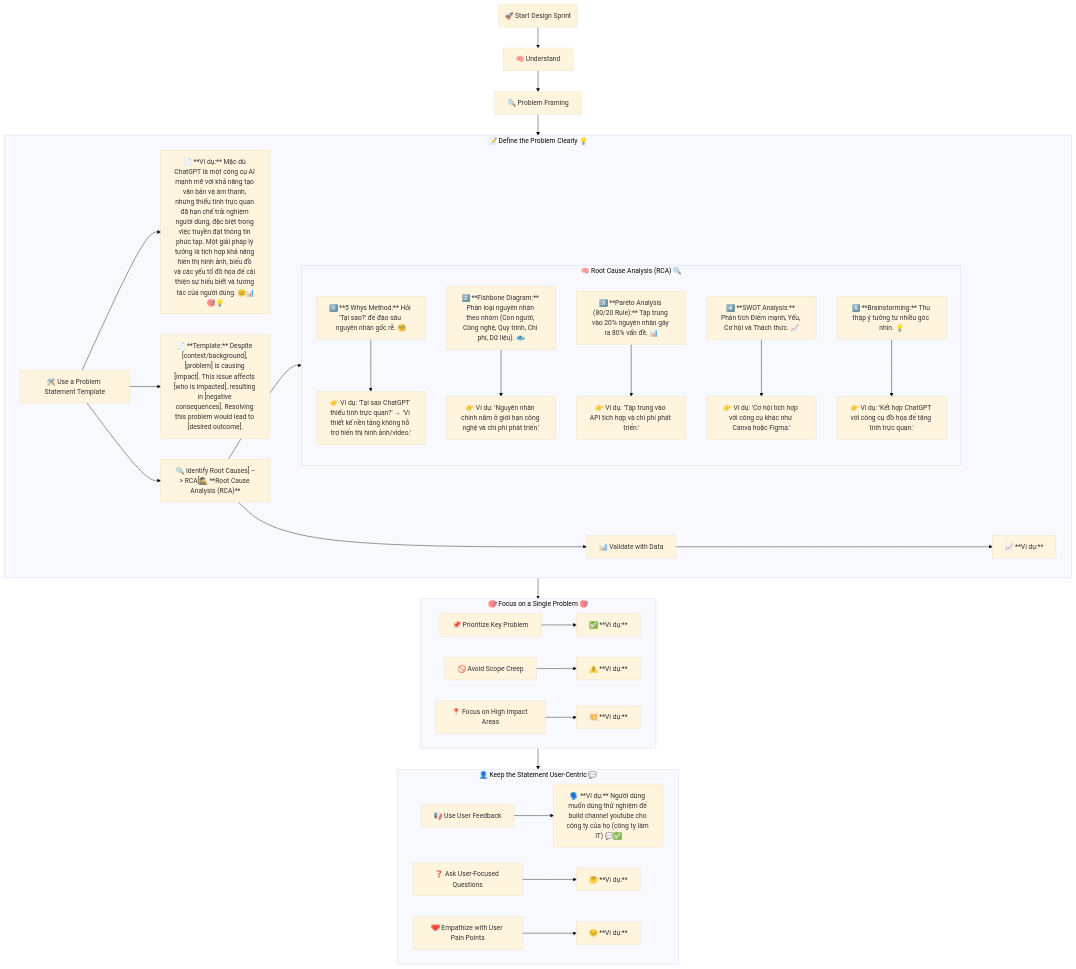
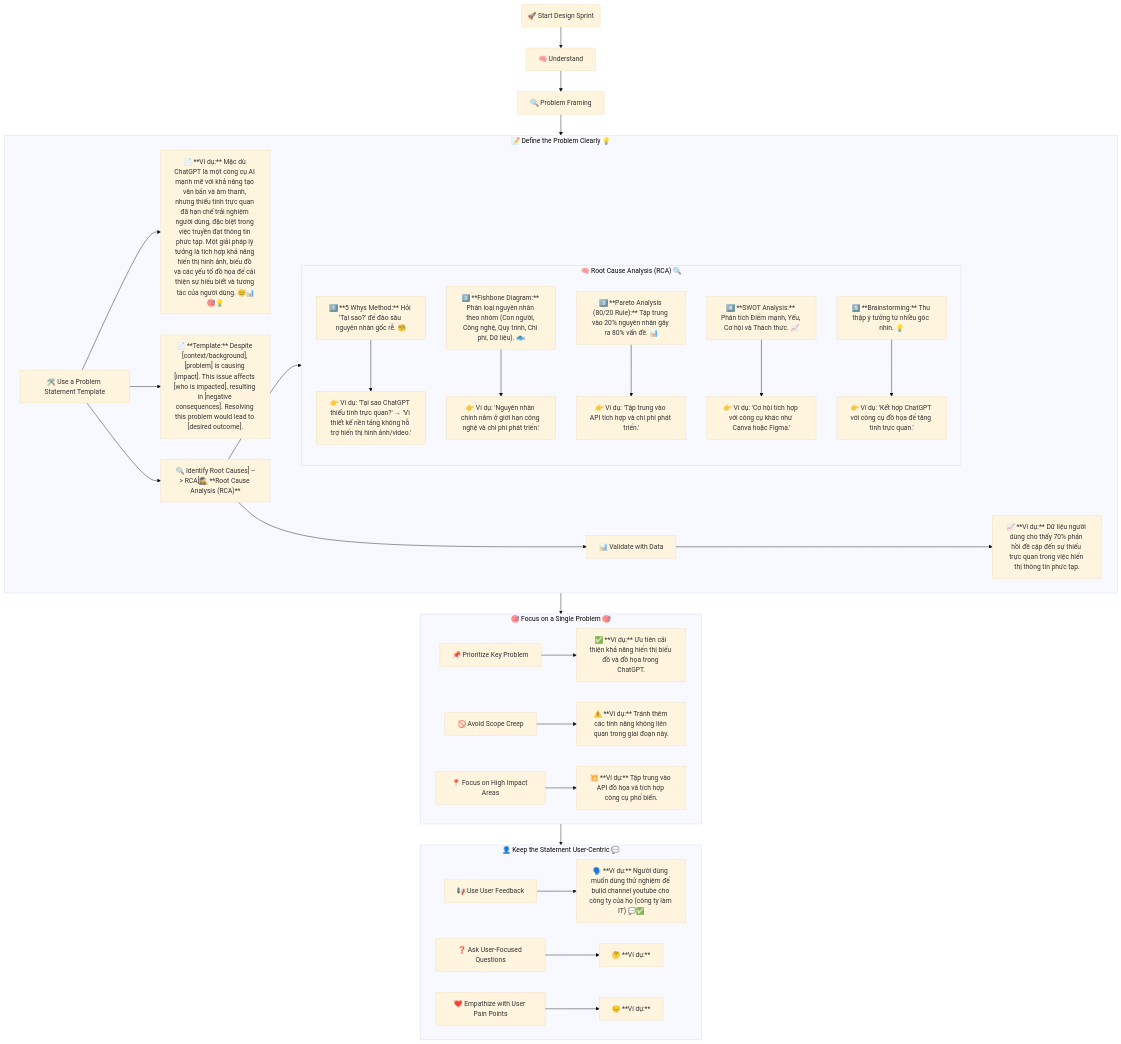
The diagram in docs/designsprintkit/phases/01-Understand/02-Understand-the-Problem/02-Problem-Framing/01-Map.mmd (qtvhao/quickcurl), drawn with Mermaid (base theme) before and after one commit. The commit also changed 1 other file, not shown here.

Commit message:
Enhance problem framing documentation by adding detailed examples for data validation and prioritization methods to improve clarity and user understanding

```diff
--- a/docs/designsprintkit/phases/01-Understand/02-Understand-the-Problem/02-Problem-Framing/01-Map.mmd
+++ b/docs/designsprintkit/phases/01-Understand/02-Understand-the-Problem/02-Problem-Framing/01-Map.mmd
@@ -1,42 +1,42 @@
 flowchart TD
 
     Design_Sprint(🚀 Start Design Sprint) --> Understand["🧠 Understand"]
 
     Understand --> Problem_Framing["🔍 Problem Framing"]
 
     %% Define the Problem Clearly
     subgraph A1[📝 Define the Problem Clearly 💡]
         B1[🛠️ Use a Problem Statement Template] --> E1["📄 **Ví dụ:** Mặc dù ChatGPT là một công cụ AI mạnh mẽ với khả năng tạo văn bản và âm thanh, nhưng thiếu tính trực quan đã hạn chế trải nghiệm người dùng, đặc biệt trong việc truyền đạt thông tin phức tạp. Một giải pháp lý tưởng là tích hợp khả năng hiển thị hình ảnh, biểu đồ và các yếu tố đồ họa để cải thiện sự hiểu biết và tương tác của người dùng. 😊📊🎯💡"]
         B1 --> E4["📄 **Template:** Despite [context/background], [problem] is causing [impact]. This issue affects [who is impacted], resulting in [negative consequences]. Resolving this problem would lead to [desired outcome]."]
         B2["🔍 Identify Root Causes] --> RCA[🕵️‍♀️ **Root Cause Analysis (RCA)**"]
 
         subgraph RCA["🧠 Root Cause Analysis (RCA) 🔍"]
             RCA1["1️⃣ **5 Whys Method:** Hỏi 'Tại sao?' để đào sâu nguyên nhân gốc rễ. 🧐"] --> RCAD1["👉 Ví dụ: 'Tại sao ChatGPT thiếu tính trực quan?' → 'Vì thiết kế nền tảng không hỗ trợ hiển thị hình ảnh/video.'"]
             RCA2["2️⃣ **Fishbone Diagram:** Phân loại nguyên nhân theo nhóm (Con người, Công nghệ, Quy trình, Chi phí, Dữ liệu). 🐟"] --> RCAD2["👉 Ví dụ: 'Nguyên nhân chính nằm ở giới hạn công nghệ và chi phí phát triển.'"]
             RCA3["3️⃣ **Pareto Analysis (80/20 Rule):** Tập trung vào 20% nguyên nhân gây ra 80% vấn đề. 📊"] --> RCAD3["👉 Ví dụ: 'Tập trung vào API tích hợp và chi phí phát triển.'"]
             RCA4["4️⃣ **SWOT Analysis:** Phân tích Điểm mạnh, Yếu, Cơ hội và Thách thức. 📈"] --> RCAD4["👉 Ví dụ: 'Cơ hội tích hợp với công cụ khác như Canva hoặc Figma.'"]
             RCA5["5️⃣ **Brainstorming:** Thu thập ý tưởng từ nhiều góc nhìn. 💡"] --> RCAD5["👉 Ví dụ: 'Kết hợp ChatGPT với công cụ đồ họa để tăng tính trực quan.'"]
         end
 
-        B3[📊 Validate with Data] --> E3["📈 **Ví dụ:** "]
+        B3[📊 Validate with Data] --> E3["📈 **Ví dụ:** Dữ liệu người dùng cho thấy 70% phản hồi đề cập đến sự thiếu trực quan trong việc hiển thị thông tin phức tạp."]
     end
 
     %% Focus on a Single Problem
     subgraph A2[🎯 Focus on a Single Problem 🎯]
-        C1[📌 Prioritize Key Problem] --> F1["✅ **Ví dụ:** "]
-        C2[🚫 Avoid Scope Creep] --> F2["⚠️ **Ví dụ:** "]
-        C3[📍 Focus on High Impact Areas] --> F3["💥 **Ví dụ:** "]
+        C1[📌 Prioritize Key Problem] --> F1["✅ **Ví dụ:** Ưu tiên cải thiện khả năng hiển thị biểu đồ và đồ họa trong ChatGPT."]
+        C2[🚫 Avoid Scope Creep] --> F2["⚠️ **Ví dụ:** Tránh thêm các tính năng không liên quan trong giai đoạn này."]
+        C3[📍 Focus on High Impact Areas] --> F3["💥 **Ví dụ:** Tập trung vào API đồ họa và tích hợp công cụ phổ biến."]
     end
 
     %% Keep the Statement User-Centric
     subgraph A3[👤 Keep the Statement User-Centric 💬]
         D1[📢 Use User Feedback] --> G1["🗣️ **Ví dụ:** Người dùng muốn dùng thử nghiệm để build channel youtube cho công ty của họ (công ty làm IT) 💬✅"]
         D2[❓ Ask User-Focused Questions] --> G2["🤔 **Ví dụ:** "]
         D3[❤️ Empathize with User Pain Points] --> G3["😔 **Ví dụ:** "]
     end
 
     B1 --> B2 --> B3
     B2 --> RCA
 
     %% Connect Subgraphs in Order
     Problem_Framing --> A1 --> A2 --> A3
```
